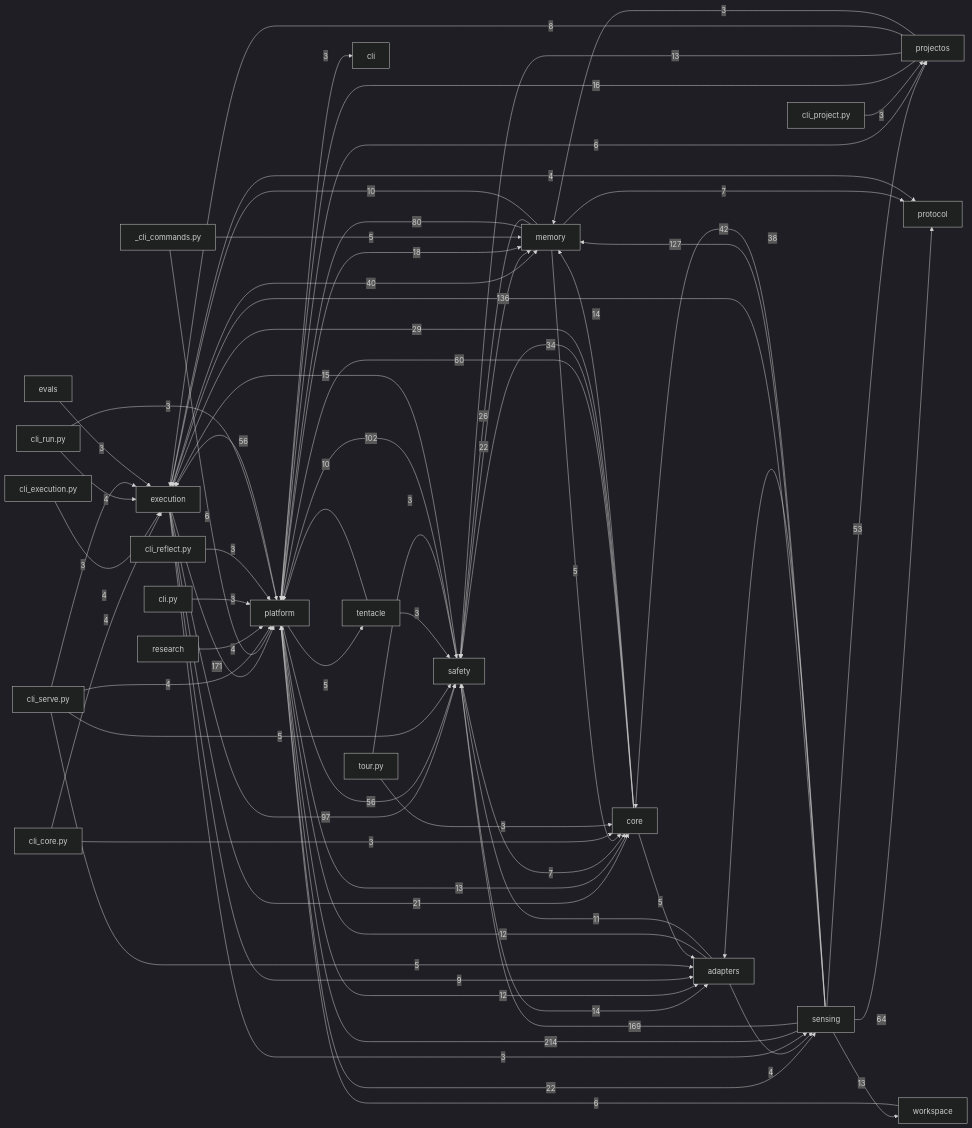
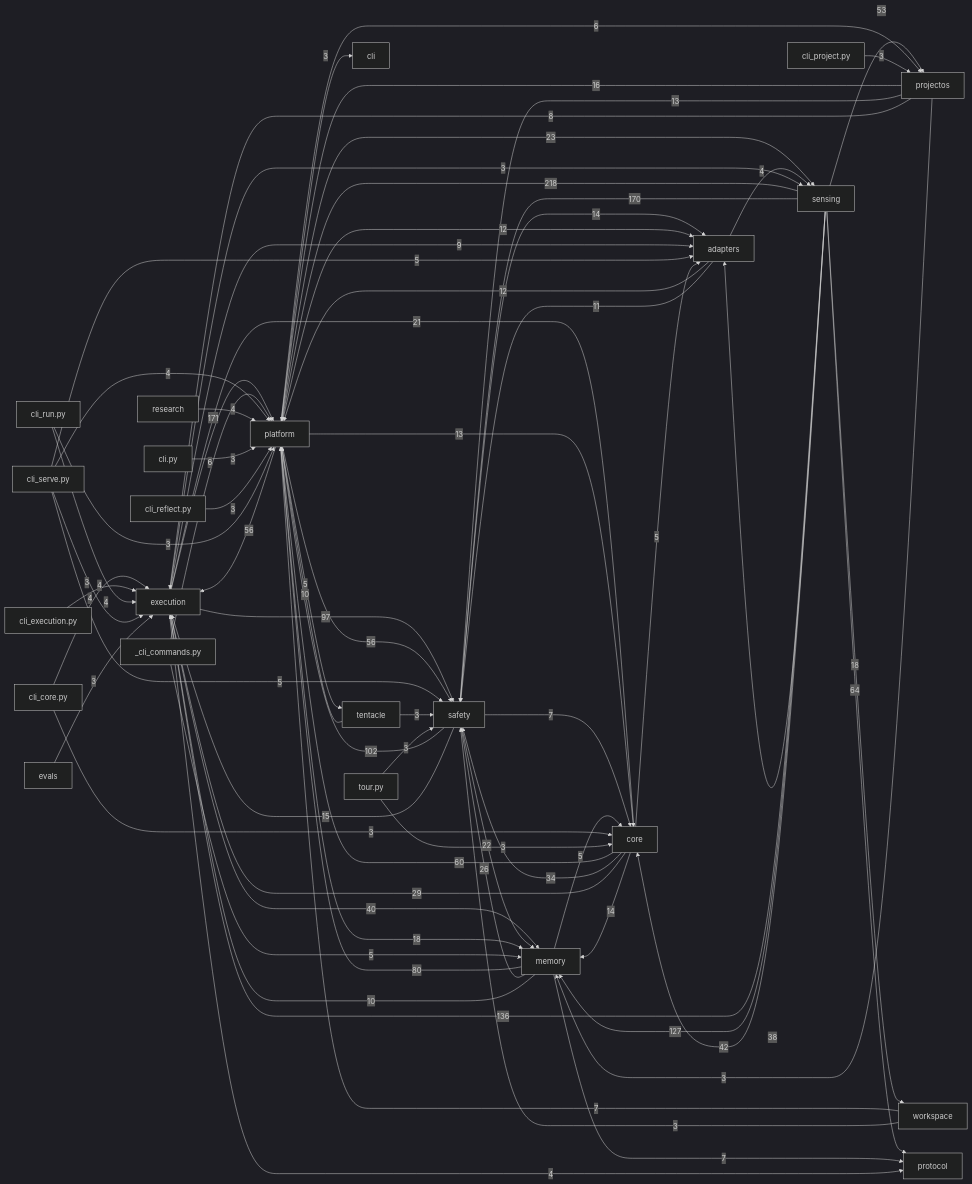
Before and after one commit to dengdenghua/echo-ai: the diagram in docs/auto/20-backend/index.md, drawn with Mermaid (dark theme). The commit also changed 30 other files, not shown here.

````diff
--- a/docs/auto/20-backend/index.md
+++ b/docs/auto/20-backend/index.md
@@ -26,78 +26,79 @@
 ```mermaid
 graph LR
   execution[execution]
   core[core]
   safety[safety]
   memory[memory]
   sensing[sensing]
   adapters[adapters]
   platform[platform]
-  sensing -- 214 --> platform
+  sensing -- 218 --> platform
   execution -- 171 --> platform
-  sensing -- 169 --> safety
+  sensing -- 170 --> safety
   sensing -- 136 --> execution
   sensing -- 127 --> memory
   safety -- 102 --> platform
   execution -- 97 --> safety
   memory -- 80 --> platform
   sensing -- 64 --> protocol
   core -- 60 --> platform
   platform -- 56 --> execution
   platform -- 56 --> safety
   sensing -- 53 --> projectos
   sensing -- 42 --> core
   execution -- 40 --> memory
   sensing -- 38 --> adapters
   core -- 34 --> safety
   core -- 29 --> execution
   memory -- 26 --> safety
-  platform -- 22 --> sensing
+  platform -- 23 --> sensing
   safety -- 22 --> memory
   execution -- 21 --> core
   platform -- 18 --> memory
+  sensing -- 18 --> workspace
   projectos -- 16 --> platform
   safety -- 15 --> execution
   core -- 14 --> memory
   safety -- 14 --> adapters
   platform -- 13 --> core
   projectos -- 13 --> safety
-  sensing -- 13 --> workspace
   adapters -- 12 --> platform
   platform -- 12 --> adapters
   adapters -- 11 --> safety
   memory -- 10 --> execution
   tentacle -- 10 --> platform
   execution -- 9 --> adapters
   projectos -- 8 --> execution
   memory -- 7 --> protocol
   safety -- 7 --> core
+  workspace -- 7 --> platform
   _cli_commands.py -- 6 --> platform
   platform -- 6 --> projectos
-  workspace -- 6 --> platform
   _cli_commands.py -- 5 --> memory
   cli_serve.py -- 5 --> adapters
   cli_serve.py -- 5 --> safety
   core -- 5 --> adapters
   memory -- 5 --> core
   platform -- 5 --> tentacle
   adapters -- 4 --> sensing
   cli_core.py -- 4 --> execution
   cli_execution.py -- 4 --> execution
   cli_run.py -- 4 --> execution
   cli_serve.py -- 4 --> platform
   execution -- 4 --> protocol
   research -- 4 --> platform
   cli.py -- 3 --> platform
   cli_core.py -- 3 --> core
   cli_project.py -- 3 --> projectos
   cli_reflect.py -- 3 --> platform
   cli_run.py -- 3 --> platform
   cli_serve.py -- 3 --> execution
   evals -- 3 --> execution
   execution -- 3 --> sensing
   platform -- 3 --> cli
   projectos -- 3 --> memory
   tentacle -- 3 --> safety
   tour.py -- 3 --> core
   tour.py -- 3 --> safety
+  workspace -- 3 --> safety
 ```
````
